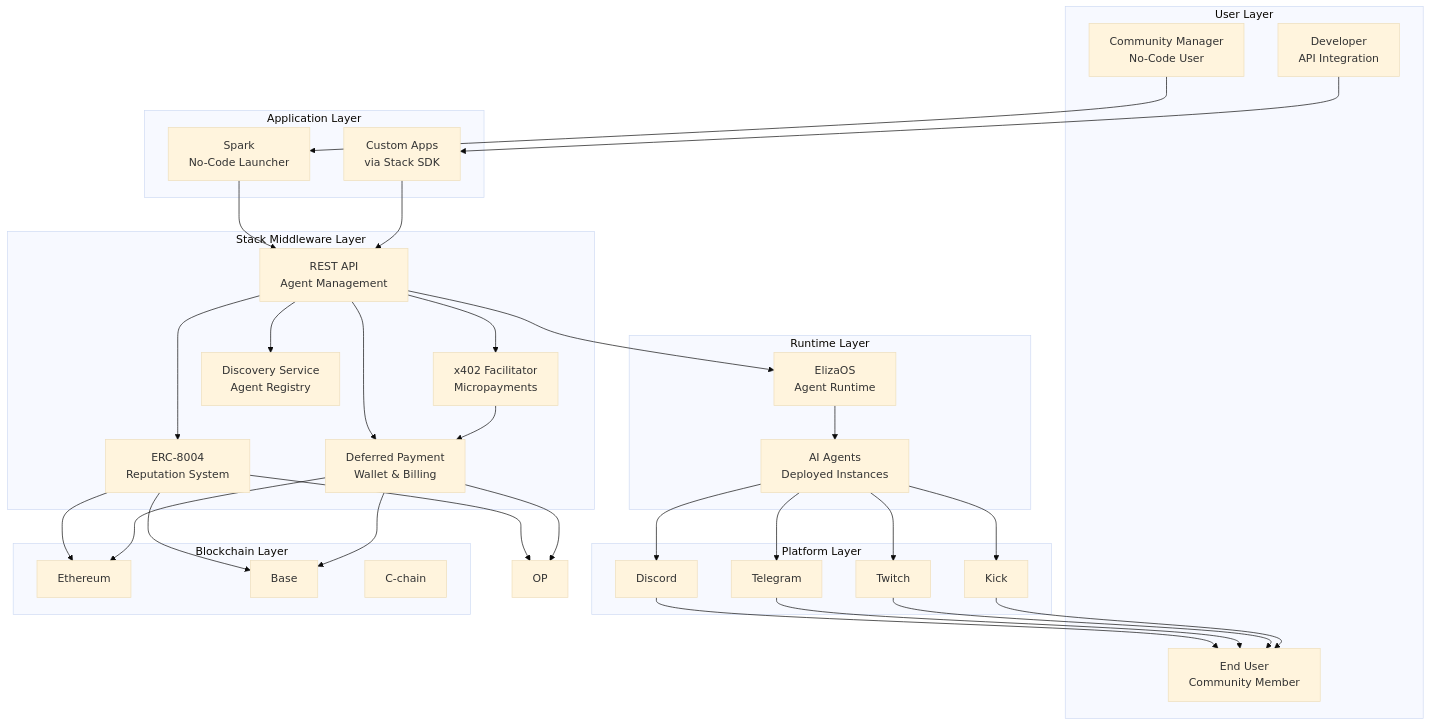
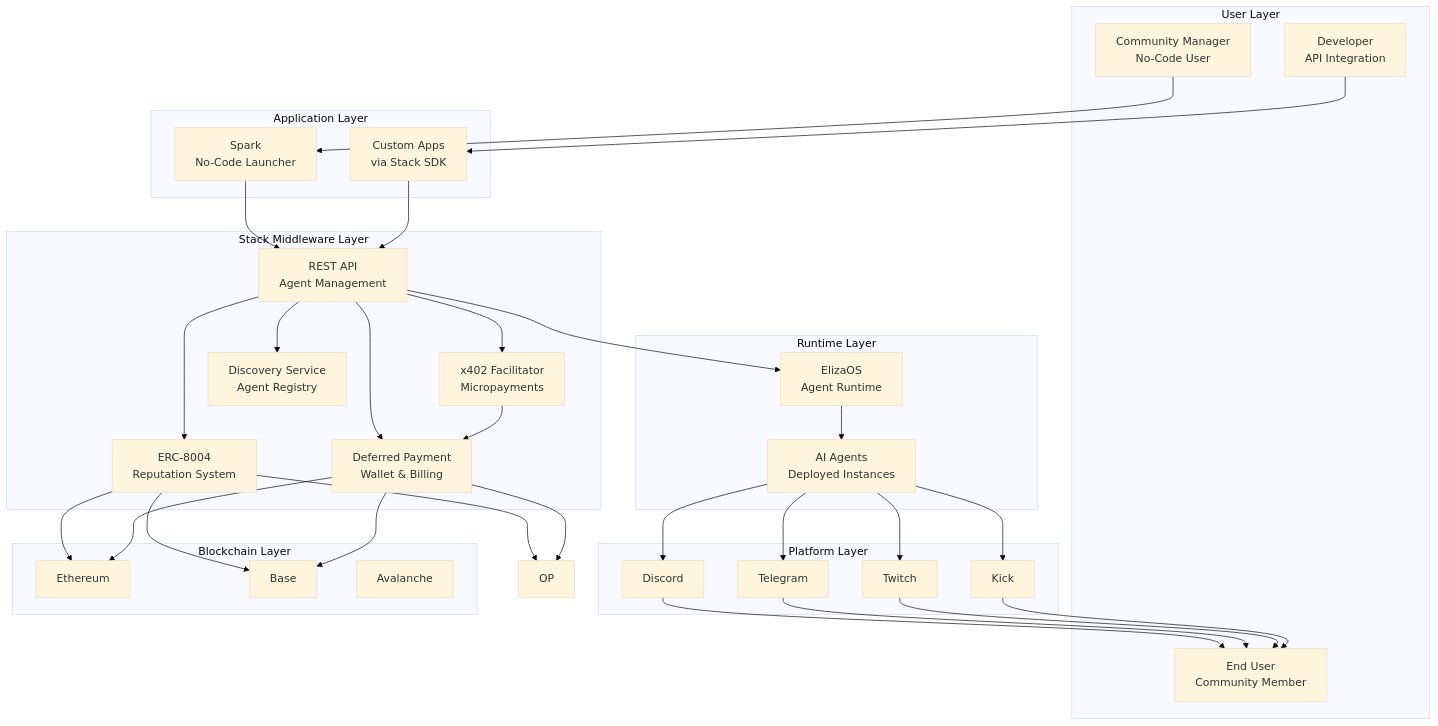
One commit to PerkOS-xyz/PerkOS changed the first of 6 diagrams in README.md. Above: the diagram before and after it, drawn with Mermaid (base theme).

````diff
--- a/README.md
+++ b/README.md
@@ -29,70 +29,70 @@
 ```mermaid
 graph TB
     subgraph "User Layer"
         CM[Community Manager<br/>No-Code User]
         DEV[Developer<br/>API Integration]
         USER[End User<br/>Community Member]
     end
 
     subgraph "Application Layer"
         SPARK[Spark<br/>No-Code Launcher]
         CUSTOM[Custom Apps<br/>via Stack SDK]
     end
 
     subgraph "Stack Middleware Layer"
         API[REST API<br/>Agent Management]
         X402[x402 Facilitator<br/>Micropayments]
         DISC[Discovery Service<br/>Agent Registry]
         PAY[Deferred Payment<br/>Wallet & Billing]
         REP[ERC-8004<br/>Reputation System]
     end
 
     subgraph "Runtime Layer"
         ELIZA[ElizaOS<br/>Agent Runtime]
         AGENTS[AI Agents<br/>Deployed Instances]
     end
 
     subgraph "Platform Layer"
         DISCORD[Discord]
         TELEGRAM[Telegram]
         TWITCH[Twitch]
         KICK[Kick]
     end
 
     subgraph "Blockchain Layer"
         ETH[Ethereum]
         BASE[Base]
-        AVALANCHE[C-chain]
+        AVALANCHE[Avalanche]
     end
 
     CM --> SPARK
     DEV --> CUSTOM
 
     SPARK --> API
     CUSTOM --> API
 
     API --> ELIZA
     API --> X402
     API --> DISC
     API --> PAY
     API --> REP
 
     X402 --> PAY
     REP --> ETH
     REP --> BASE
     REP --> OP
     PAY --> ETH
     PAY --> BASE
     PAY --> OP
 
     ELIZA --> AGENTS
     AGENTS --> DISCORD
     AGENTS --> TELEGRAM
     AGENTS --> TWITCH
     AGENTS --> KICK
 
     DISCORD --> USER
     TELEGRAM --> USER
     TWITCH --> USER
     KICK --> USER
 ```
````
